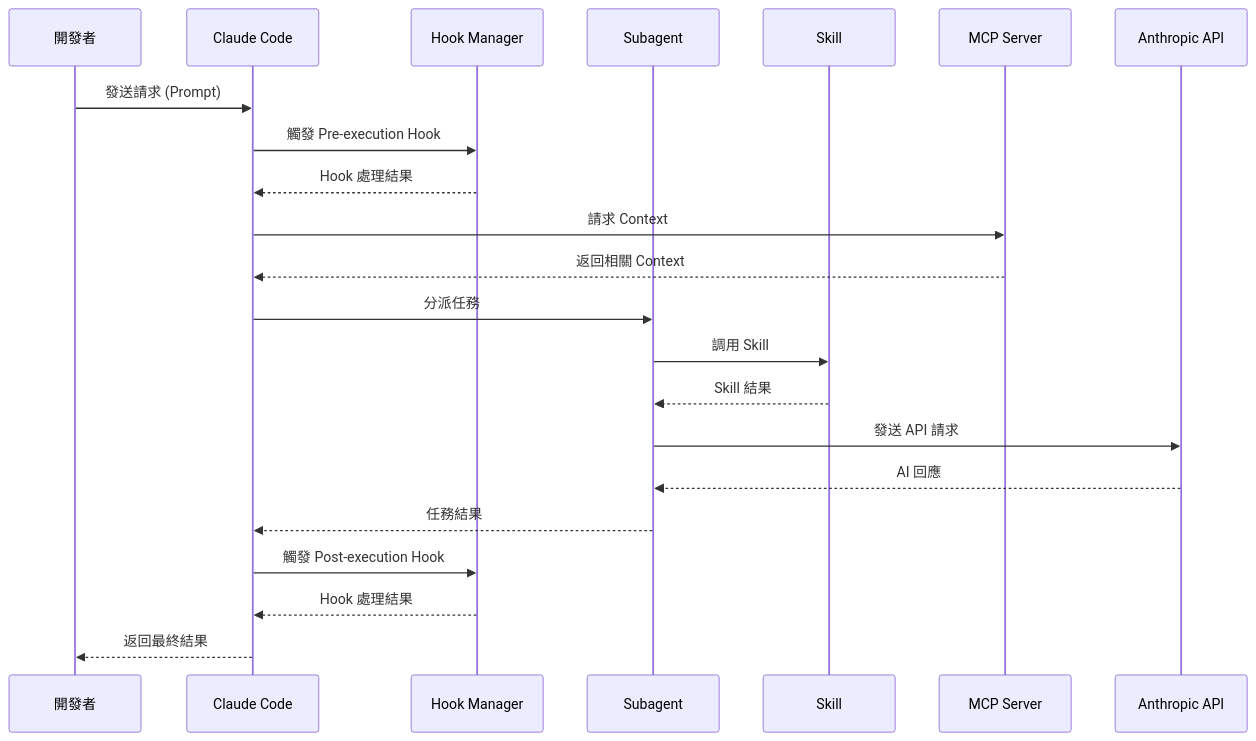
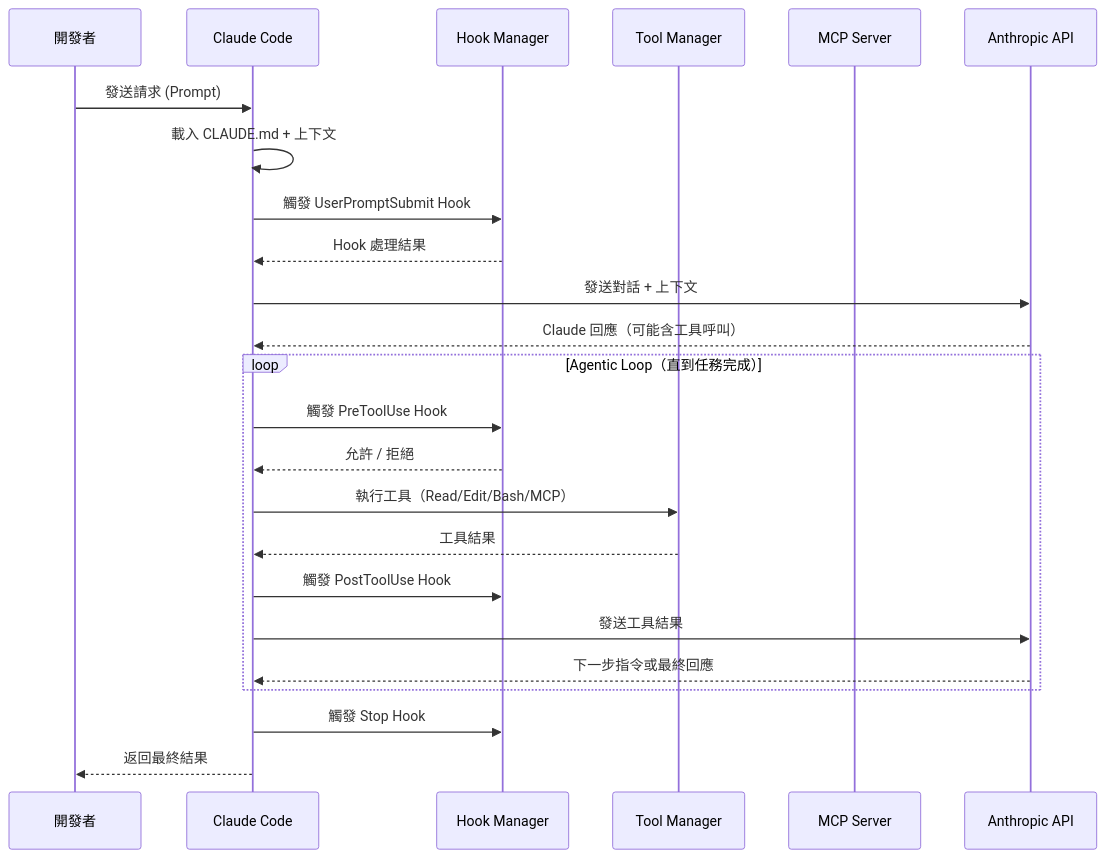
The sixth of 57 diagrams in content/posts/教學/AI開發/Claude Code生態圈教學手冊.md (chihhung/Blog), drawn with Mermaid before and after one commit. The commit also changed other lines of this file and 3 other files, not shown here.

````diff
--- a/content/posts/教學/AI開發/Claude Code生態圈教學手冊.md
+++ b/content/posts/教學/AI開發/Claude Code生態圈教學手冊.md
@@ -408,30 +680,30 @@
 ```mermaid
 sequenceDiagram
     participant U as 開發者
     participant CC as Claude Code
     participant HM as Hook Manager
-    participant SA as Subagent
-    participant SK as Skill
+    participant Tools as Tool Manager
     participant MCP as MCP Server
     participant API as Anthropic API
     
     U->>CC: 發送請求 (Prompt)
-    CC->>HM: 觸發 Pre-execution Hook
+    CC->>CC: 載入 CLAUDE.md + 上下文
+    CC->>HM: 觸發 UserPromptSubmit Hook
     HM-->>CC: Hook 處理結果
     
-    CC->>MCP: 請求 Context
-    MCP-->>CC: 返回相關 Context
+    CC->>API: 發送對話 + 上下文
+    API-->>CC: Claude 回應（可能含工具呼叫）
     
-    CC->>SA: 分派任務
-    SA->>SK: 調用 Skill
-    SK-->>SA: Skill 結果
+    loop Agentic Loop（直到任務完成）
+        CC->>HM: 觸發 PreToolUse Hook
+        HM-->>CC: 允許 / 拒絕
+        CC->>Tools: 執行工具（Read/Edit/Bash/MCP）
+        Tools-->>CC: 工具結果
+        CC->>HM: 觸發 PostToolUse Hook
+        CC->>API: 發送工具結果
+        API-->>CC: 下一步指令或最終回應
+    end
     
-    SA->>API: 發送 API 請求
-    API-->>SA: AI 回應
-    
-    SA-->>CC: 任務結果
-    CC->>HM: 觸發 Post-execution Hook
-    HM-->>CC: Hook 處理結果
-    
+    CC->>HM: 觸發 Stop Hook
     CC-->>U: 返回最終結果
 ```
````
